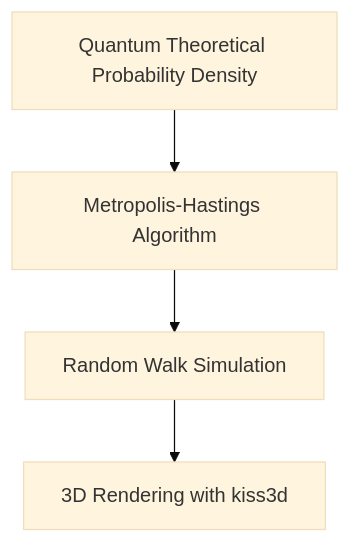
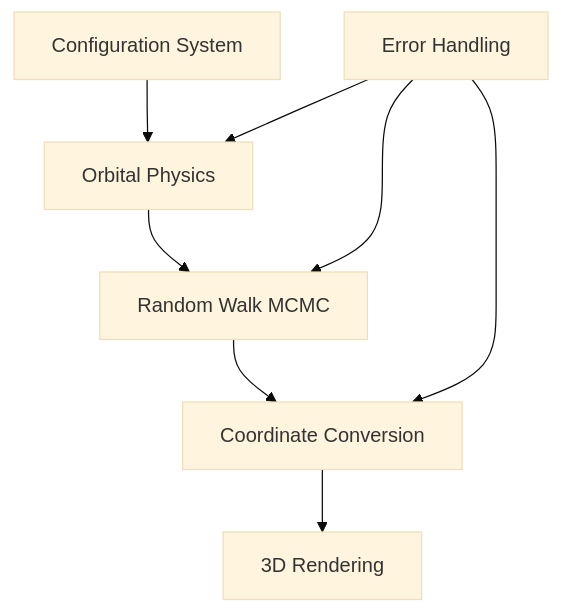
The diagram in README.md (JoJoDataPhysics/orbitals), drawn with Mermaid (base theme) before and after one commit. The commit also changed other lines of this file and 13 other files, not shown here.

````diff
--- a/README.md
+++ b/README.md
@@ -23,9 +58,10 @@
 ```mermaid
 graph TD
-    A[Quantum Theoretical Probability Density]
-    B[Metropolis-Hastings Algorithm]
-    C[Random Walk Simulation]
-    D[3D Rendering with kiss3d]
-
-    A --> B --> C --> D
+    A[Configuration System] --> B[Orbital Physics]
+    B --> C[Random Walk MCMC]
+    C --> D[Coordinate Conversion]
+    D --> E[3D Rendering]
+    F[Error Handling] --> B
+    F --> C
+    F --> D
 ```
````
